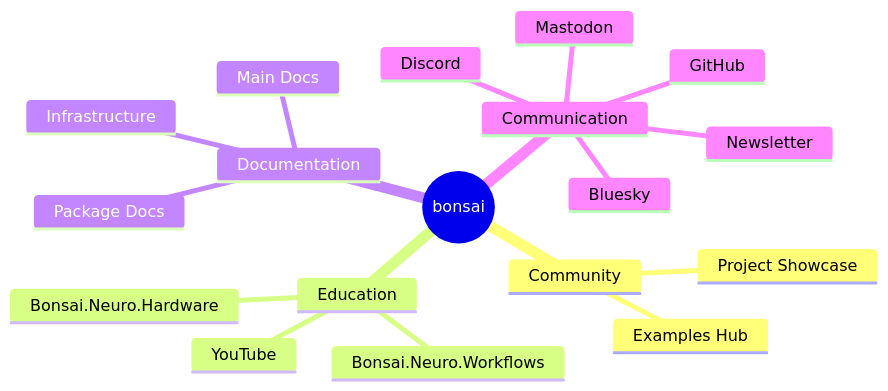
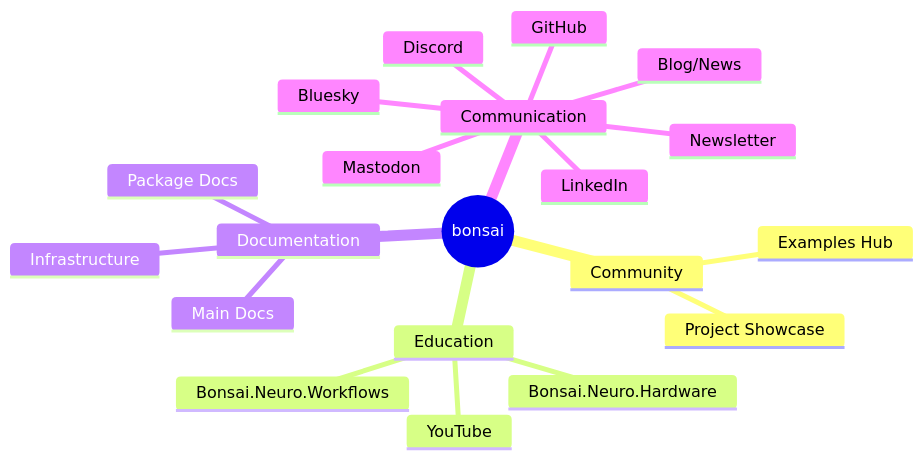
Before and after one commit to banchan86/bonsai_docs_roadmap: the diagram in README.md, drawn with Mermaid.

Commit message:
Update mindmap

````diff
--- a/README.md
+++ b/README.md
@@ -5,21 +5,23 @@
 ```mermaid
 mindmap
   root((bonsai))
     Community
       Examples Hub
       Project Showcase
     Education
       Bonsai.Neuro.Hardware
       Bonsai.Neuro.Workflows
       YouTube
     Documentation
         Infrastructure
         Main Docs
         Package Docs
     Communication
+      LinkedIn
       GitHub
       Discord
       Bluesky
       Mastodon
       Newsletter
+      Blog/News
 ```
````
